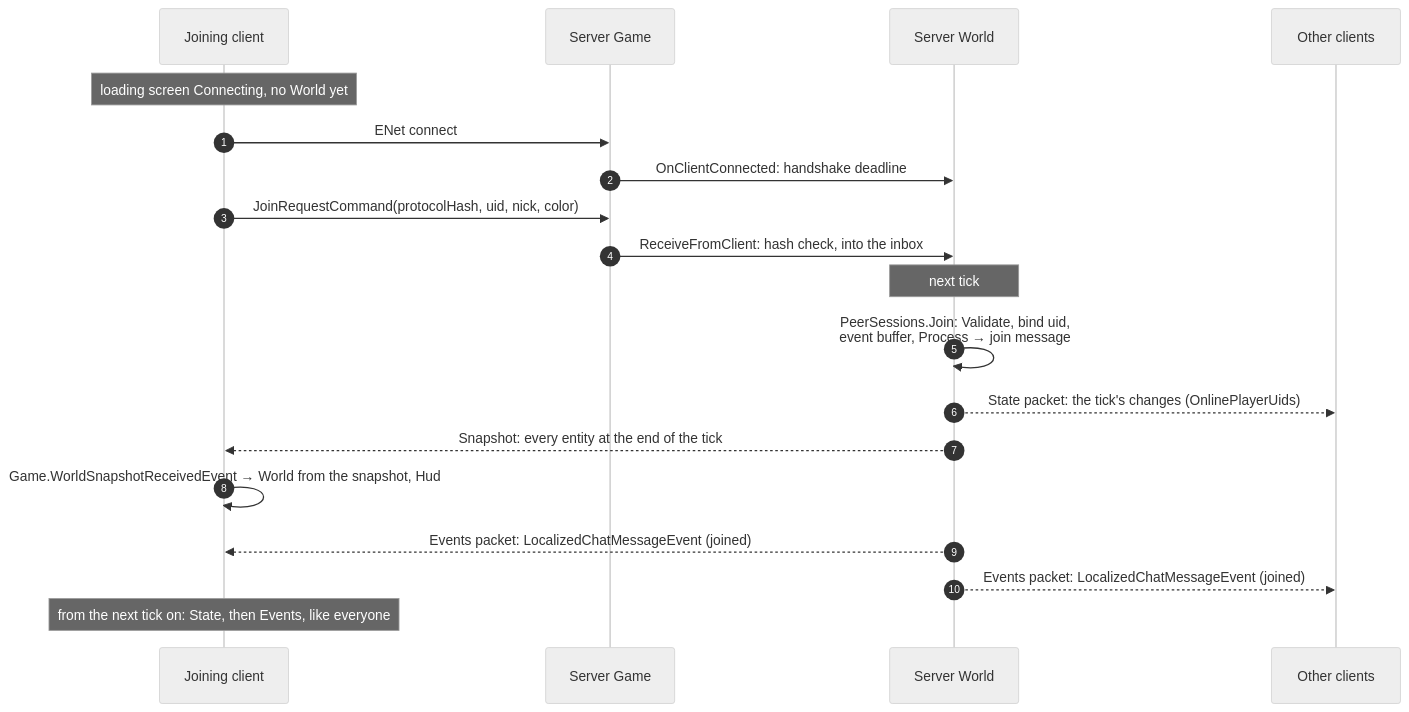
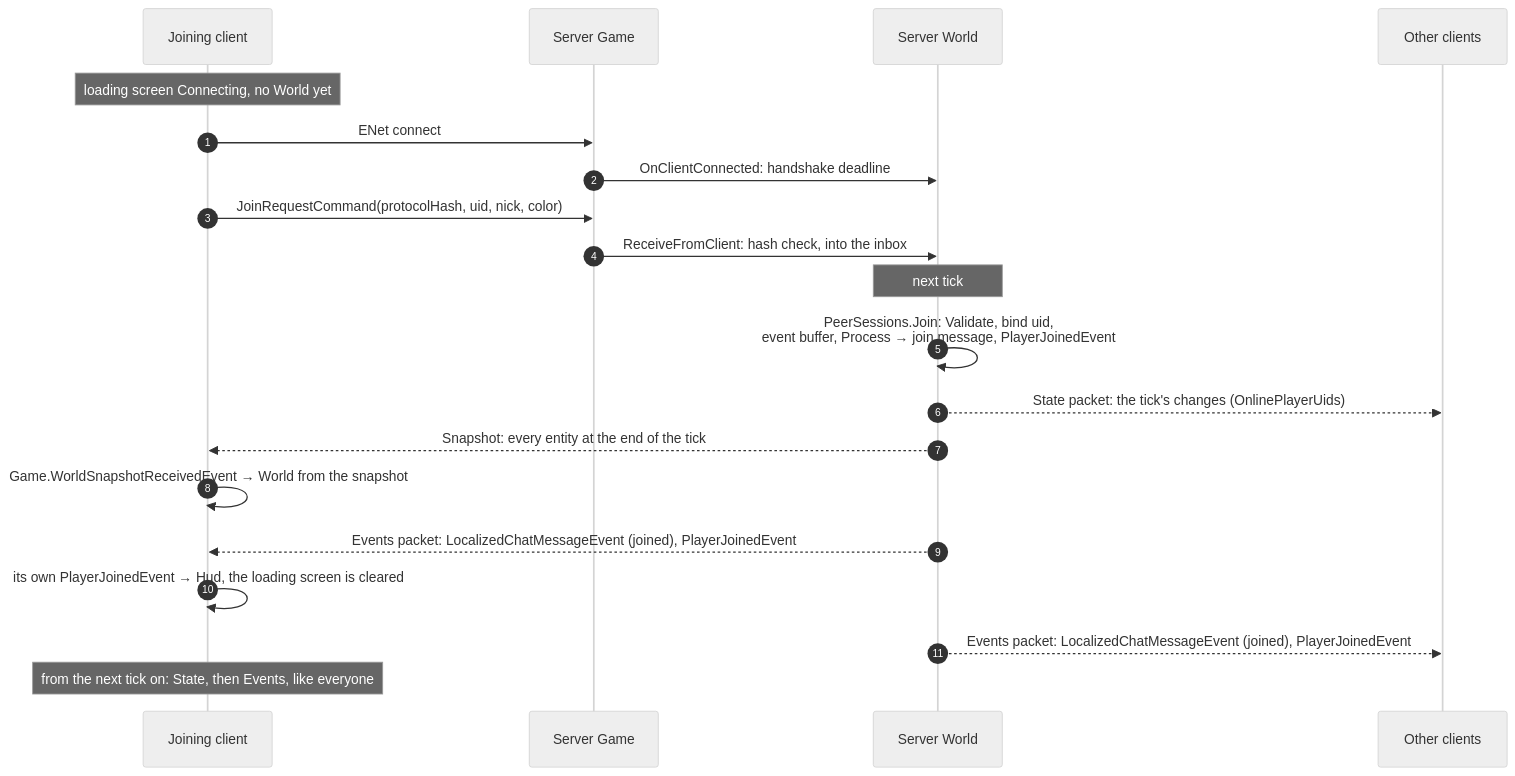
Before and after one commit to AbroGames/NeonWarfare: the diagram in Docs/Networking.md, drawn with Mermaid (neutral theme). The commit also changed 32 other files, not shown here.

Commit message:
Show HUD only after join to the World

````diff
--- a/Docs/Networking.md
+++ b/Docs/Networking.md
@@ -104,22 +104,23 @@
 ```mermaid
 sequenceDiagram
     autonumber
     participant C as Joining client
     participant G as Server Game
     participant W as Server World
     participant O as Other clients
 
     Note over C: loading screen Connecting, no World yet
     C->>G: ENet connect
     G->>W: OnClientConnected: handshake deadline
     C->>G: JoinRequestCommand(protocolHash, uid, nick, color)
     G->>W: ReceiveFromClient: hash check, into the inbox
     Note over W: next tick
-    W->>W: PeerSessions.Join: Validate, bind uid,<br/>event buffer, Process → join message
+    W->>W: PeerSessions.Join: Validate, bind uid,<br/>event buffer, Process → join message, PlayerJoinedEvent
     W-->>O: State packet: the tick's changes (OnlinePlayerUids)
     W-->>C: Snapshot: every entity at the end of the tick
-    C->>C: Game.WorldSnapshotReceivedEvent → World from the snapshot, Hud
-    W-->>C: Events packet: LocalizedChatMessageEvent (joined)
-    W-->>O: Events packet: LocalizedChatMessageEvent (joined)
+    C->>C: Game.WorldSnapshotReceivedEvent → World from the snapshot
+    W-->>C: Events packet: LocalizedChatMessageEvent (joined), PlayerJoinedEvent
+    C->>C: its own PlayerJoinedEvent → Hud, the loading screen is cleared
+    W-->>O: Events packet: LocalizedChatMessageEvent (joined), PlayerJoinedEvent
     Note over C: from the next tick on: State, then Events, like everyone
 ```
````
